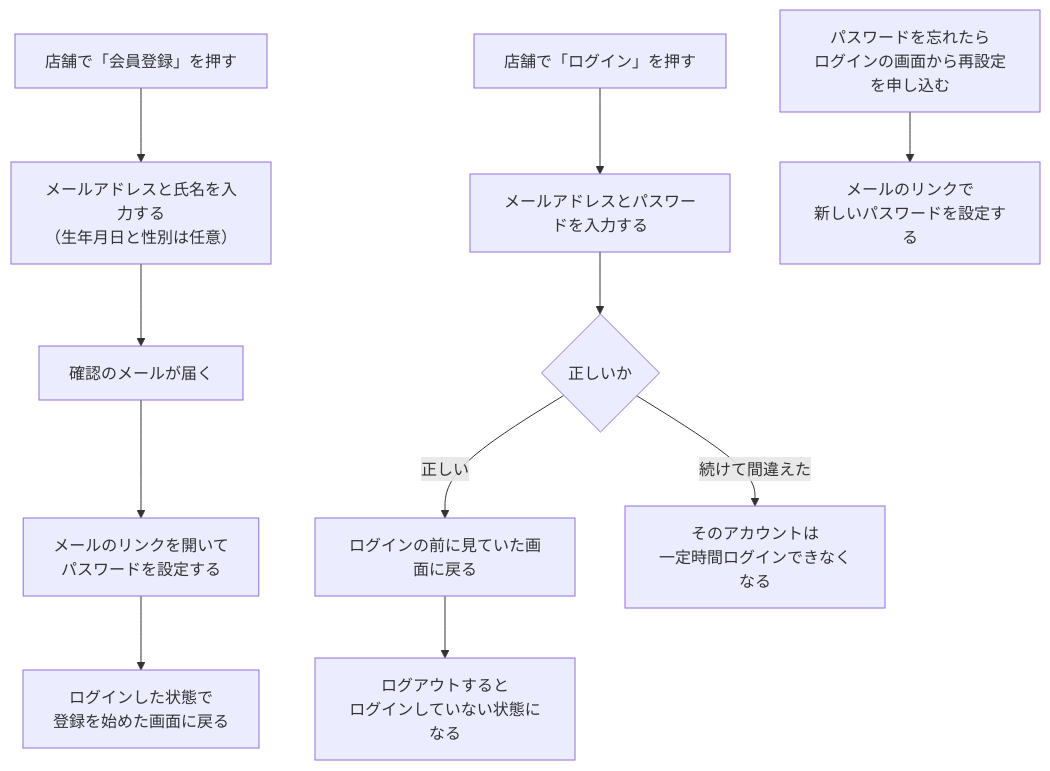
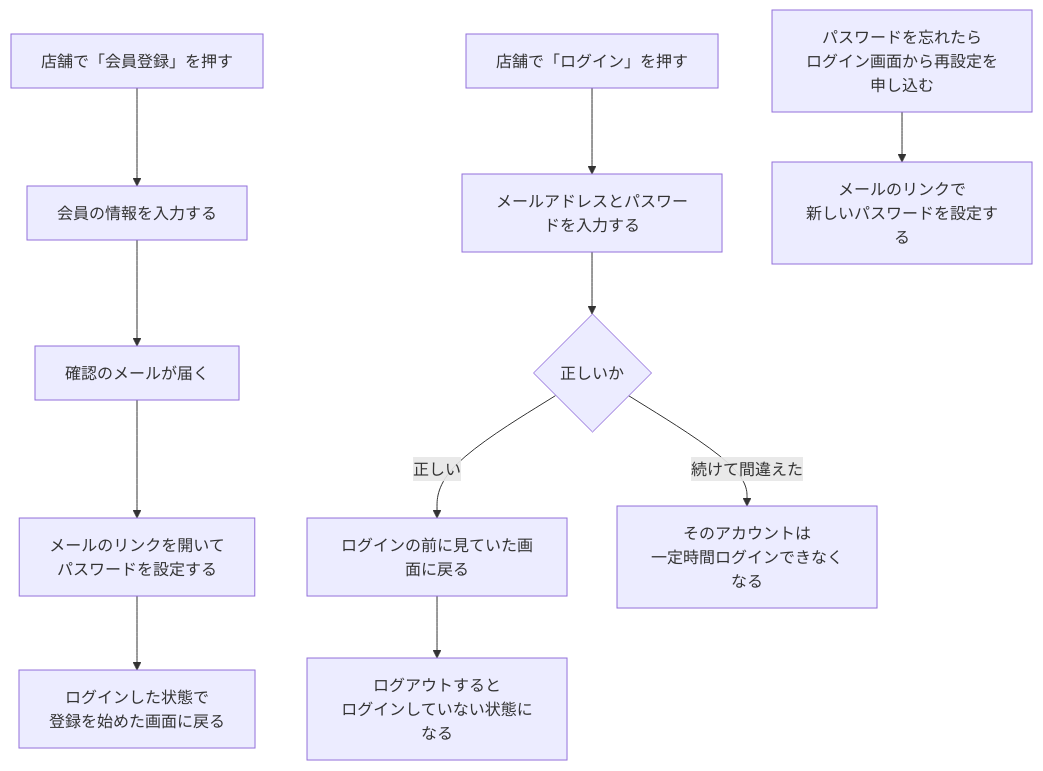
Before and after one commit to roger88106/ec-site: the diagram in docs/01-概要/member.md, drawn with Mermaid. The commit also changed other lines of this file and 14 other files, not shown here.

````diff
--- a/docs/01-概要/member.md
+++ b/docs/01-概要/member.md
@@ -15,13 +15,13 @@
 ```mermaid
 flowchart TD
-    signup["店舗で「会員登録」を押す"] --> input["メールアドレスと氏名を入力する<br/>（生年月日と性別は任意）"]
+    signup["店舗で「会員登録」を押す"] --> input["会員の情報を入力する"]
     input --> mail["確認のメールが届く"]
     mail --> setpw["メールのリンクを開いて<br/>パスワードを設定する"]
     setpw --> back["ログインした状態で<br/>登録を始めた画面に戻る"]
     login["店舗で「ログイン」を押す"] --> cred["メールアドレスとパスワードを入力する"]
     cred --> ok{"正しいか"}
     ok -- 正しい --> prev["ログインの前に見ていた画面に戻る"]
     ok -- 続けて間違えた --> lock["そのアカウントは<br/>一定時間ログインできなくなる"]
     prev --> logout["ログアウトすると<br/>ログインしていない状態になる"]
-    forgot["パスワードを忘れたら<br/>ログインの画面から再設定を申し込む"] --> resetmail["メールのリンクで<br/>新しいパスワードを設定する"]
+    forgot["パスワードを忘れたら<br/>ログイン画面から再設定を申し込む"] --> resetmail["メールのリンクで<br/>新しいパスワードを設定する"]
 ```
````
